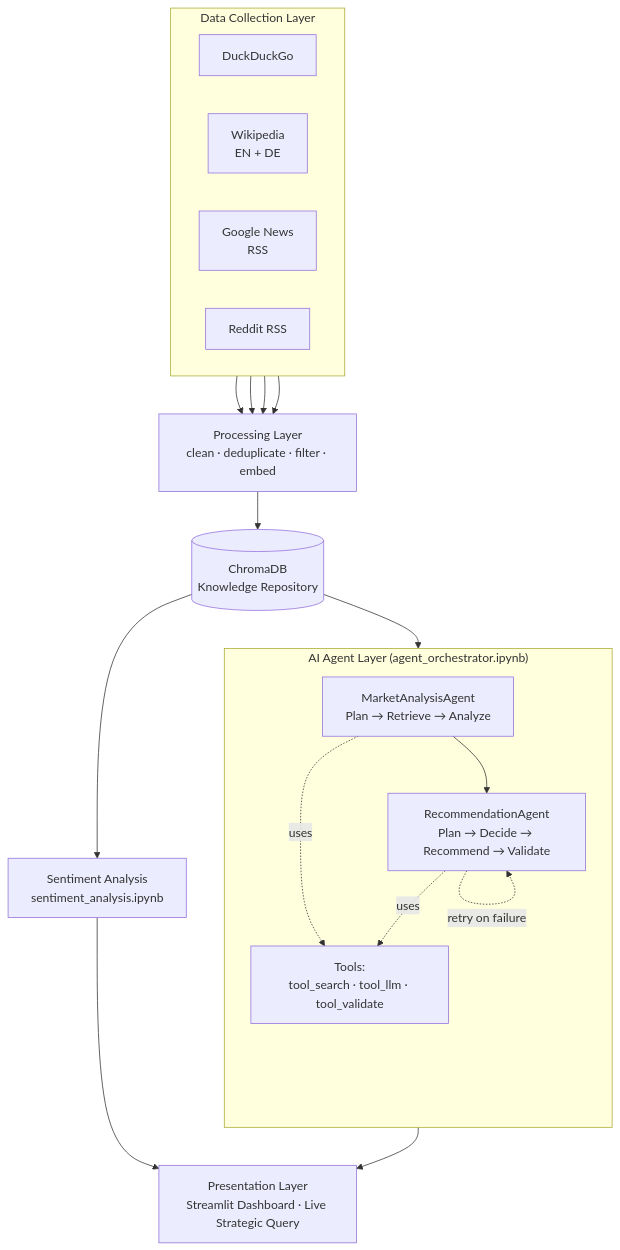
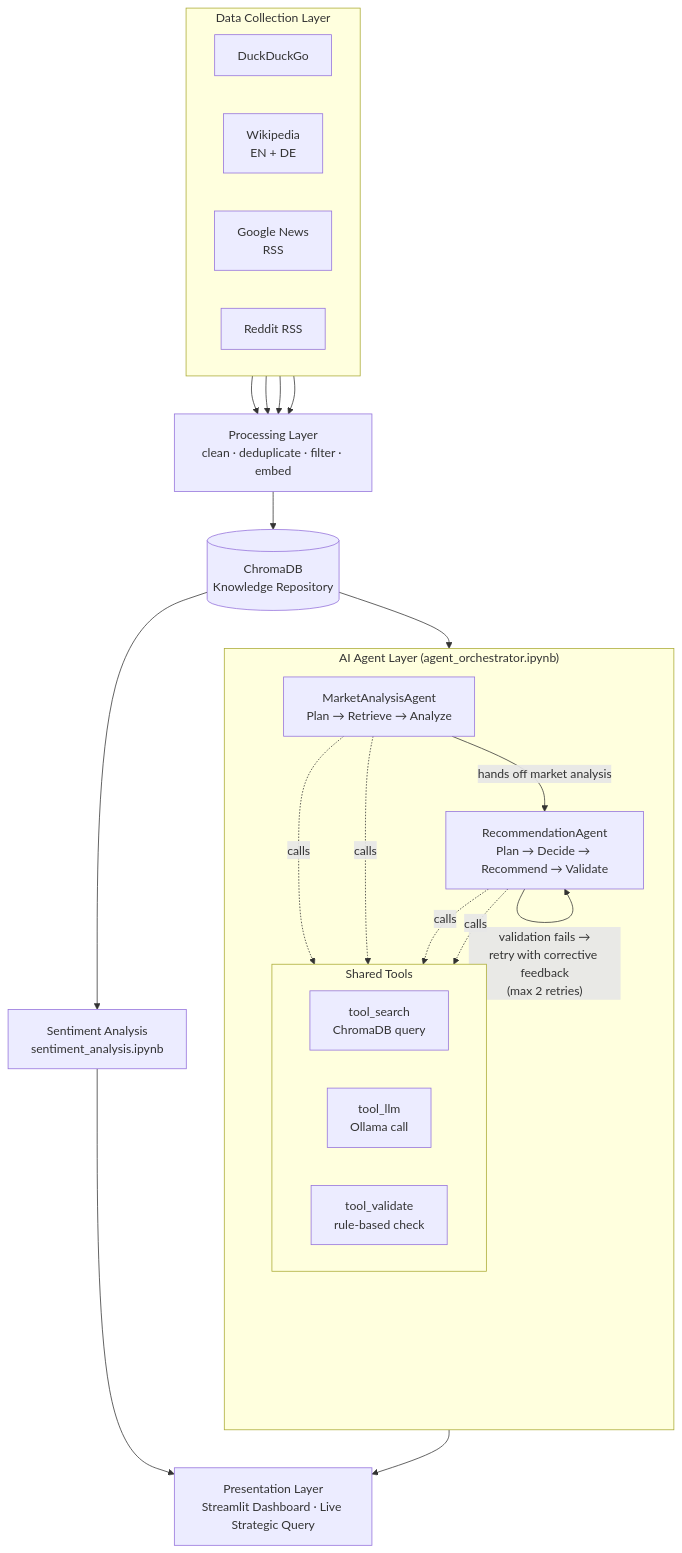
One commit to namrata1104/NLP-project changed the first of 2 diagrams in README.md. Above: the diagram before and after it, drawn with Mermaid. The commit also changed other lines of this file, not shown here.

````diff
--- a/README.md
+++ b/README.md
@@ -43,35 +40,44 @@
 ```mermaid
 flowchart TB
     subgraph Collection["Data Collection Layer"]
         direction LR
         A1[DuckDuckGo]
         A2[Wikipedia<br/>EN + DE]
         A3[Google News<br/>RSS]
         A4[Reddit RSS]
     end
 
     Processing["Processing Layer<br/>clean · deduplicate · filter · embed"]
 
     C1[(ChromaDB<br/>Knowledge Repository)]
 
     subgraph AgentLayer["AI Agent Layer (agent_orchestrator.ipynb)"]
         direction TB
         F4[MarketAnalysisAgent<br/>Plan → Retrieve → Analyze]
         F5[RecommendationAgent<br/>Plan → Decide → Recommend → Validate]
-        Tools[Tools:<br/>tool_search · tool_llm · tool_validate]
-        F4 --> F5
-        F4 -.uses.-> Tools
-        F5 -.uses.-> Tools
-        F5 -.retry on failure.-> F5
+        F4 -->|hands off market analysis| F5
+
+        subgraph Tools["Shared Tools"]
+            direction LR
+            T1[tool_search<br/>ChromaDB query]
+            T2[tool_llm<br/>Ollama call]
+            T3[tool_validate<br/>rule-based check]
+        end
+
+        F4 -.calls.-> T1
+        F4 -.calls.-> T2
+        F5 -.calls.-> T2
+        F5 -.calls.-> T3
+        F5 -->|"validation fails →<br/>retry with corrective feedback<br/>(max 2 retries)"| F5
     end
 
     Sentiment[Sentiment Analysis<br/>sentiment_analysis.ipynb]
 
     Presentation["Presentation Layer<br/>Streamlit Dashboard · Live Strategic Query"]
 
     A1 & A2 & A3 & A4 --> Processing --> C1
     C1 --> F4
     C1 --> Sentiment
     F5 --> Presentation
     Sentiment --> Presentation
 ```
````
